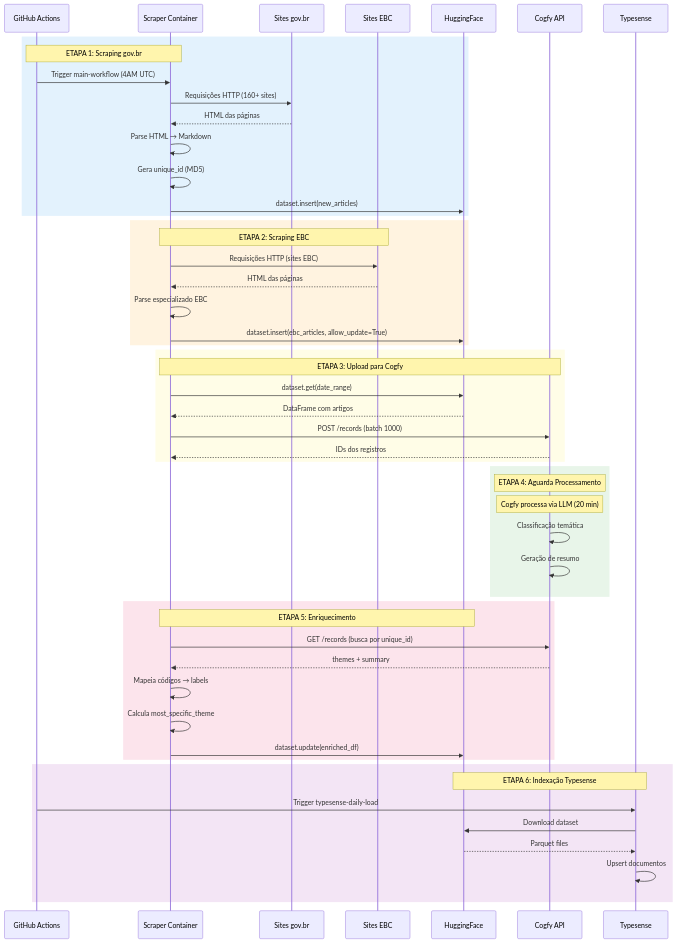
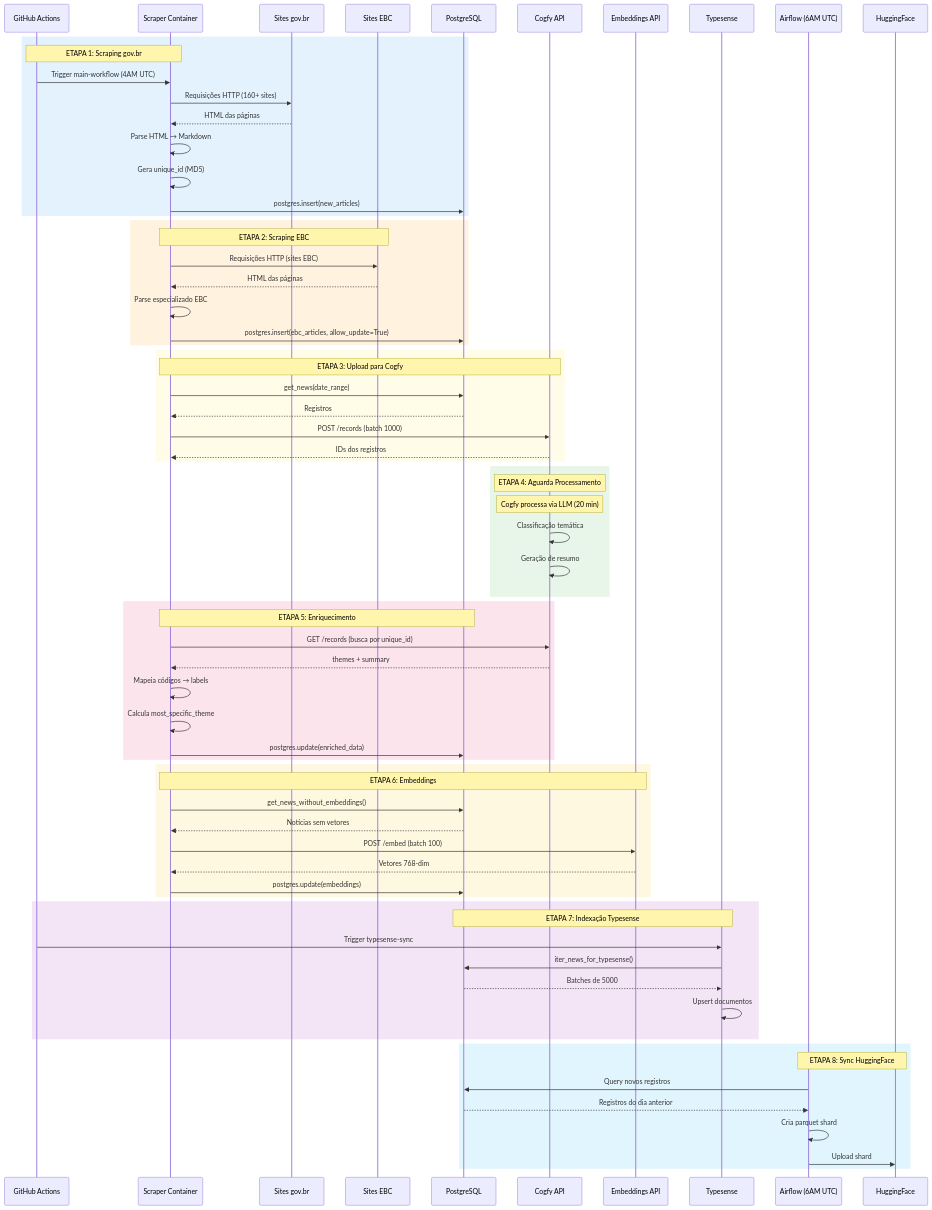
One commit to destaquesgovbr/docs changed the diagram in docs/arquitetura/fluxo-de-dados.md. Above: the diagram before and after it, drawn with Mermaid. The commit also changed other lines of this file and 8 other files, not shown here.

First line of the commit message:
docs: atualiza arquitetura para PostgreSQL como fonte de verdade

````diff
--- a/docs/arquitetura/fluxo-de-dados.md
+++ b/docs/arquitetura/fluxo-de-dados.md
@@ -9,60 +9,80 @@
 ```mermaid
 sequenceDiagram
     participant GH as GitHub Actions
     participant SC as Scraper Container
     participant GOV as Sites gov.br
     participant EBC as Sites EBC
+    participant PG as PostgreSQL
+    participant CF as Cogfy API
+    participant EMB as Embeddings API
+    participant TS as Typesense
+    participant AF as Airflow (6AM UTC)
     participant HF as HuggingFace
-    participant CF as Cogfy API
-    participant TS as Typesense
 
     rect rgb(227, 242, 253)
         Note over GH,SC: ETAPA 1: Scraping gov.br
         GH->>SC: Trigger main-workflow (4AM UTC)
         SC->>GOV: Requisições HTTP (160+ sites)
         GOV-->>SC: HTML das páginas
         SC->>SC: Parse HTML → Markdown
         SC->>SC: Gera unique_id (MD5)
-        SC->>HF: dataset.insert(new_articles)
+        SC->>PG: postgres.insert(new_articles)
     end
 
     rect rgb(255, 243, 224)
         Note over SC,EBC: ETAPA 2: Scraping EBC
         SC->>EBC: Requisições HTTP (sites EBC)
         EBC-->>SC: HTML das páginas
         SC->>SC: Parse especializado EBC
-        SC->>HF: dataset.insert(ebc_articles, allow_update=True)
+        SC->>PG: postgres.insert(ebc_articles, allow_update=True)
     end
 
     rect rgb(255, 253, 231)
         Note over SC,CF: ETAPA 3: Upload para Cogfy
-        SC->>HF: dataset.get(date_range)
-        HF-->>SC: DataFrame com artigos
+        SC->>PG: get_news(date_range)
+        PG-->>SC: Registros
         SC->>CF: POST /records (batch 1000)
         CF-->>SC: IDs dos registros
     end
 
     rect rgb(232, 245, 233)
         Note over CF: ETAPA 4: Aguarda Processamento
         Note over CF: Cogfy processa via LLM (20 min)
         CF->>CF: Classificação temática
         CF->>CF: Geração de resumo
     end
 
     rect rgb(252, 228, 236)
-        Note over SC,HF: ETAPA 5: Enriquecimento
+        Note over SC,PG: ETAPA 5: Enriquecimento
         SC->>CF: GET /records (busca por unique_id)
         CF-->>SC: themes + summary
         SC->>SC: Mapeia códigos → labels
         SC->>SC: Calcula most_specific_theme
-        SC->>HF: dataset.update(enriched_df)
+        SC->>PG: postgres.update(enriched_data)
+    end
+
+    rect rgb(255, 248, 225)
+        Note over SC,EMB: ETAPA 6: Embeddings
+        SC->>PG: get_news_without_embeddings()
+        PG-->>SC: Notícias sem vetores
+        SC->>EMB: POST /embed (batch 100)
+        EMB-->>SC: Vetores 768-dim
+        SC->>PG: postgres.update(embeddings)
     end
 
     rect rgb(243, 229, 245)
-        Note over TS,HF: ETAPA 6: Indexação Typesense
-        GH->>TS: Trigger typesense-daily-load
-        TS->>HF: Download dataset
-        HF-->>TS: Parquet files
+        Note over TS,PG: ETAPA 7: Indexação Typesense
+        GH->>TS: Trigger typesense-sync
+        TS->>PG: iter_news_for_typesense()
+        PG-->>TS: Batches de 5000
         TS->>TS: Upsert documentos
     end
+
+    rect rgb(225, 245, 254)
+        Note over AF,HF: ETAPA 8: Sync HuggingFace
+        AF->>PG: Query novos registros
+        PG-->>AF: Registros do dia anterior
+        AF->>AF: Cria parquet shard
+        AF->>HF: Upload shard
+    end
 ```
````
